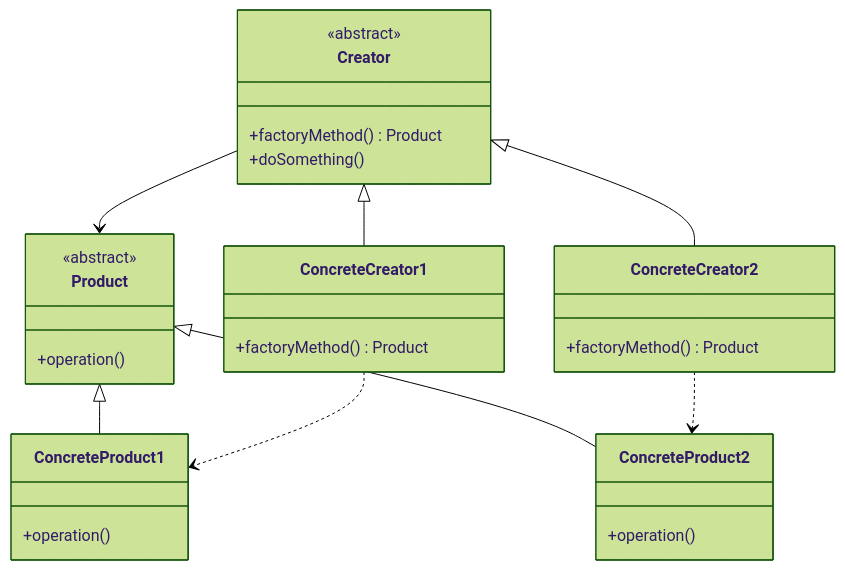
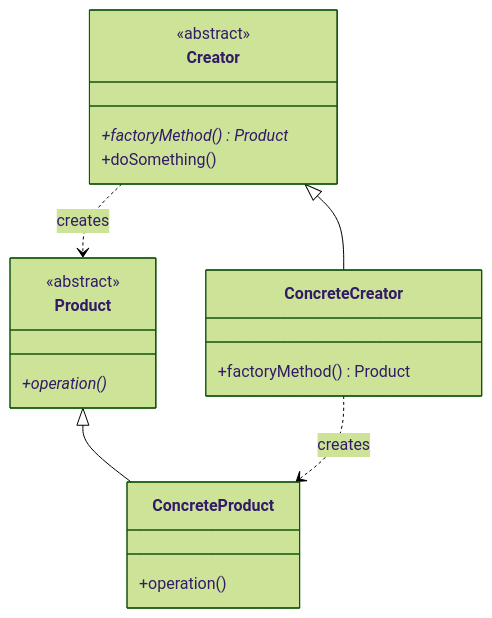
Before and after one commit to nlhsueh/teach_sw_fw: the first of 3 diagrams in Part4_PatternCreation/ch11_fm.md, drawn with Mermaid (forest theme). The commit also changed other lines of this file and 47 other files, not shown here.

Commit message:
Refactor Chapters 14-17: Localize images, extract code blocks to src, convert PlantUML to Mermaid, and reorganize MLB exercise solution

````diff
--- a/Part4_PatternCreation/ch11_fm.md
+++ b/Part4_PatternCreation/ch11_fm.md
@@ -61,31 +45,23 @@
 ```mermaid
 classDiagram
+    
     class Creator {
         <<abstract>>
-        +factoryMethod() Product
+        +factoryMethod()* Product
         +doSomething()
     }
     class Product {
         <<abstract>>
+        +operation()*
+    }
+    class ConcreteProduct {
         +operation()
     }
-    class ConcreteProduct1 {
-        +operation()
-    }
-    class ConcreteProduct2 {
-        +operation()
-    }
-    class ConcreteCreator1 {
+    class ConcreteCreator {
         +factoryMethod() Product
     }
-    class ConcreteCreator2 {
-        +factoryMethod() Product
-    }
-    Creator <|-- ConcreteCreator1
-    Creator <|-- ConcreteCreator2
-    Product <|-- ConcreteProduct1
-    Product <|-- ConcreteProduct2
-    ConcreteCreator1 ..> ConcreteProduct1
-    ConcreteCreator2 ..> ConcreteProduct2
-    Creator --> Product
+    Creator <|-- ConcreteCreator
+    Product <|-- ConcreteProduct
+    Creator ..> Product: creates
+    ConcreteCreator ..> ConcreteProduct: creates
 ```
````
